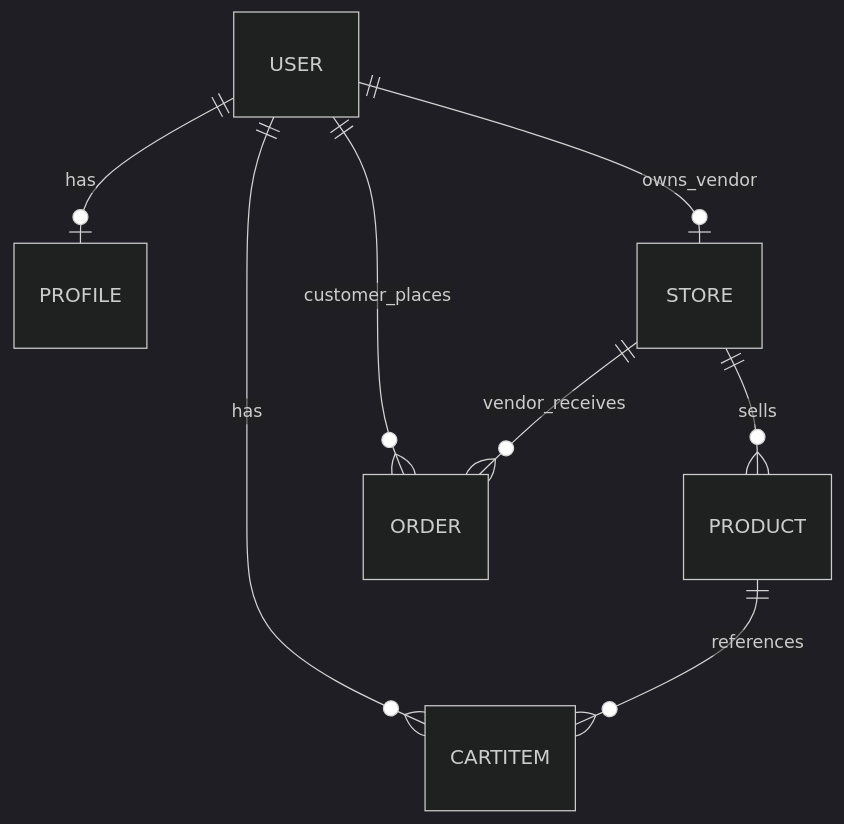
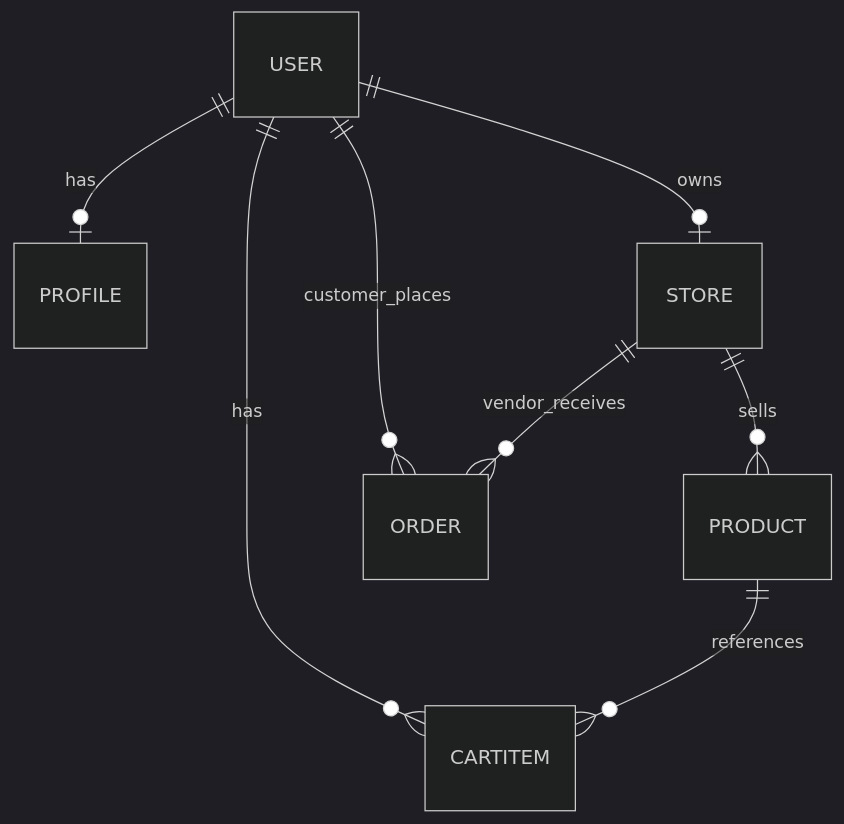
The diagram in content/import/multi-vendor-marketplace/03-why-mongodb/03.08-audit-your-planned-schema.md (Muhammad-AnasKhan/Buildment), drawn with Mermaid (dark theme) before and after one commit. The commit also changed other lines of this file and 138 other files, not shown here.

````diff
--- a/content/import/multi-vendor-marketplace/03-why-mongodb/03.08-audit-your-planned-schema.md
+++ b/content/import/multi-vendor-marketplace/03-why-mongodb/03.08-audit-your-planned-schema.md
@@ -96,10 +70,10 @@
 ```mermaid
 erDiagram
   USER ||--o| PROFILE : has
-  USER ||--o| STORE : owns_vendor
+  USER ||--o| STORE : owns
   STORE ||--o{ PRODUCT : sells
   USER ||--o{ CARTITEM : has
   PRODUCT ||--o{ CARTITEM : references
   USER ||--o{ ORDER : customer_places
   STORE ||--o{ ORDER : vendor_receives
 ```
````
